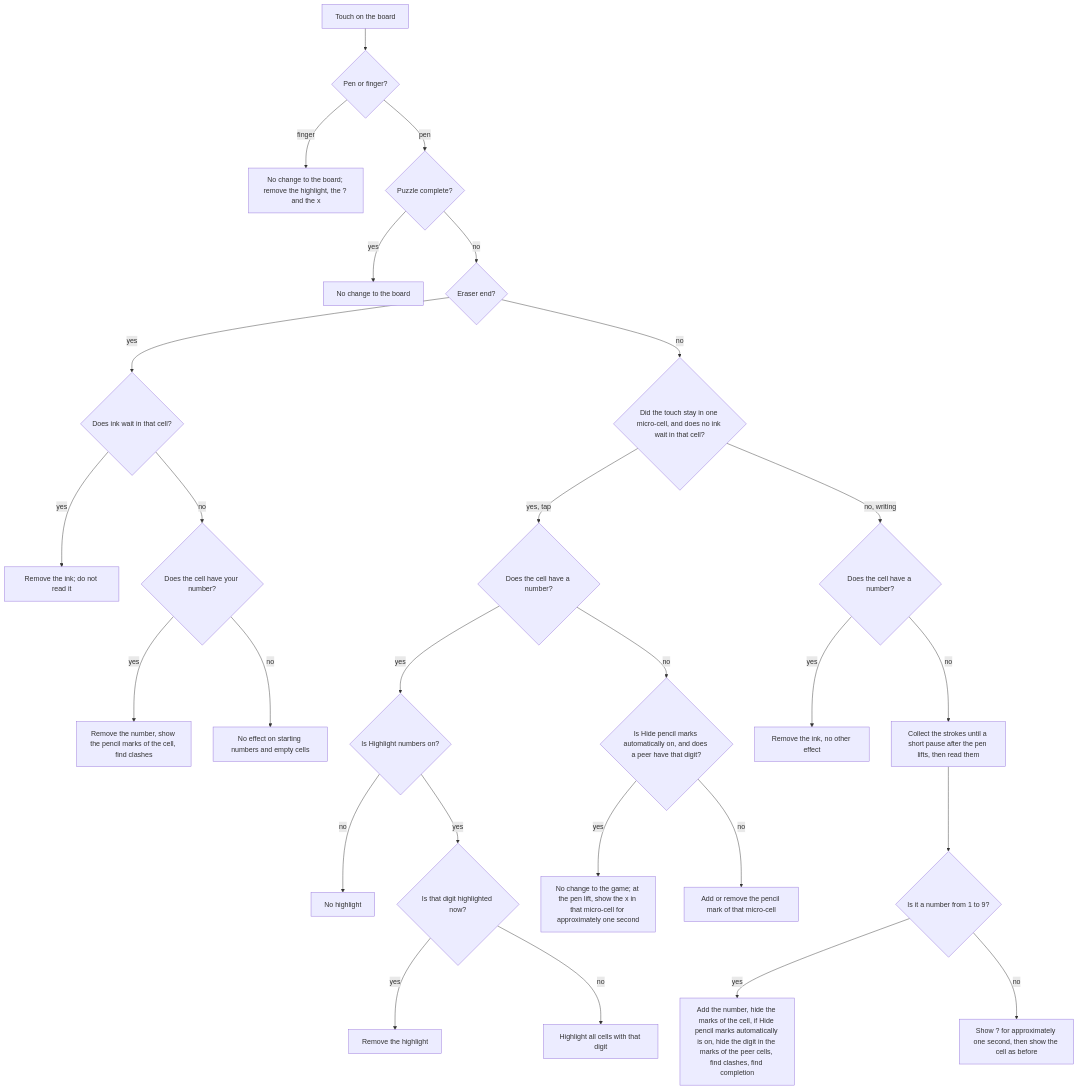
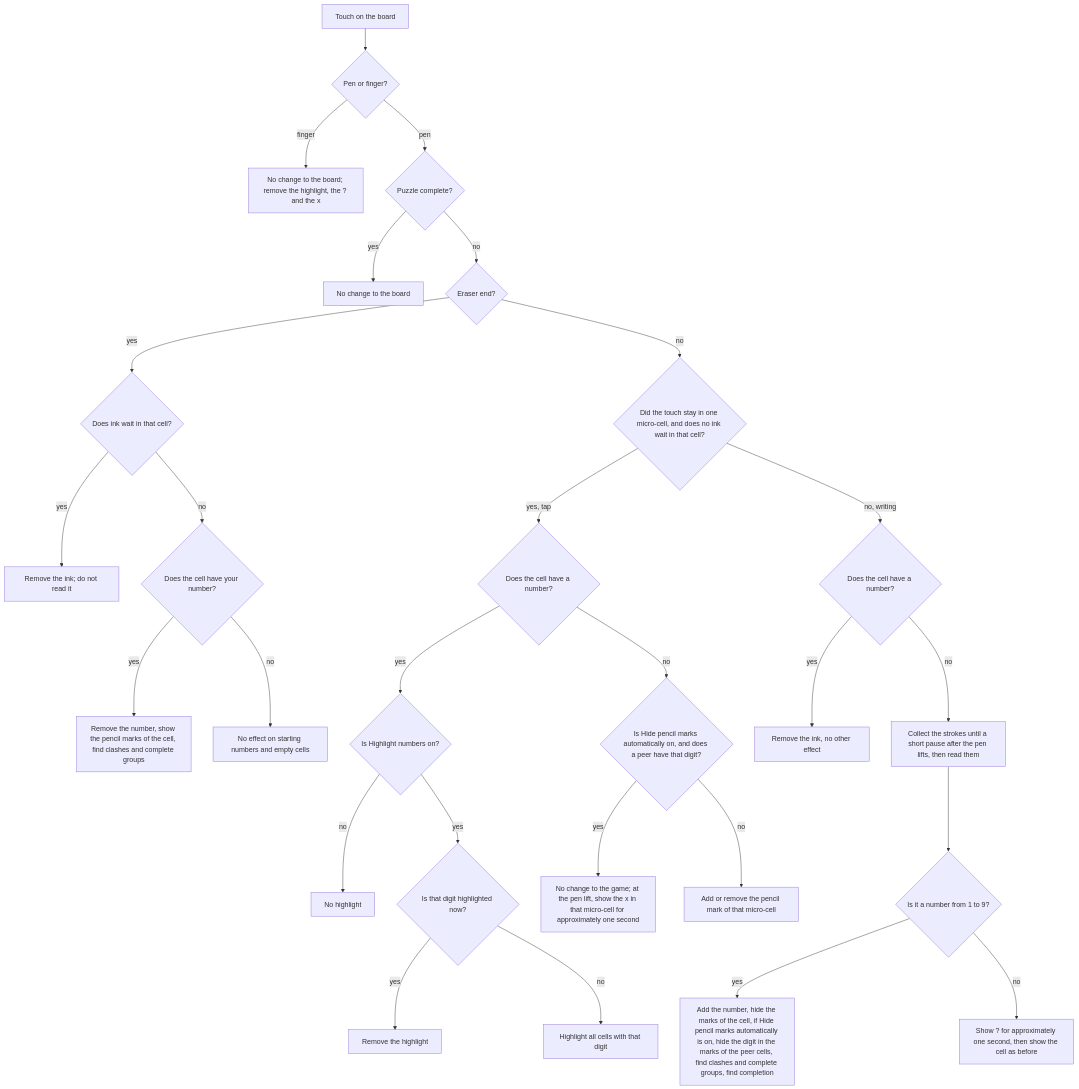
The fourth of 14 diagrams in REQUIREMENTS.md (garbles/sudoku), drawn with Mermaid before and after one commit. The commit also changed other lines of this file and 81 other files, not shown here.

First line of the commit message:
Show a color for completed groups and make the cell colors stronger

````diff
--- a/REQUIREMENTS.md
+++ b/REQUIREMENTS.md
@@ -326,29 +330,29 @@
 ```mermaid
 flowchart TD
     A[Touch on the board] --> B{Pen or finger?}
     B -- finger --> X[No change to the board; remove the highlight, the ? and the x]
     B -- pen --> C{Puzzle complete?}
     C -- yes --> X2[No change to the board]
     C -- no --> D{Eraser end?}
     D -- yes --> EW{Does ink wait in that cell?}
     EW -- yes --> EI[Remove the ink; do not read it]
     EW -- no --> E{Does the cell have your number?}
-    E -- yes --> E1[Remove the number, show the pencil marks of the cell, find clashes]
+    E -- yes --> E1[Remove the number, show the pencil marks of the cell, find clashes and complete groups]
     E -- no --> X3[No effect on starting numbers and empty cells]
     D -- no --> F{Did the touch stay in one micro-cell, and does no ink wait in that cell?}
     F -- yes, tap --> G{Does the cell have a number?}
     G -- yes --> GS{Is Highlight numbers on?}
     GS -- no --> X5[No highlight]
     GS -- yes --> G0{Is that digit highlighted now?}
     G0 -- yes --> G3[Remove the highlight]
     G0 -- no --> G1[Highlight all cells with that digit]
     G -- no --> GR{Is Hide pencil marks automatically on, and does a peer have that digit?}
     GR -- yes --> GX[No change to the game; at the pen lift, show the x in that micro-cell for approximately one second]
     GR -- no --> G2[Add or remove the pencil mark of that micro-cell]
     F -- no, writing --> H{Does the cell have a number?}
     H -- yes --> X4[Remove the ink, no other effect]
     H -- no --> I[Collect the strokes until a short pause after the pen lifts, then read them]
     I --> J{Is it a number from 1 to 9?}
-    J -- yes --> K[Add the number, hide the marks of the cell, if Hide pencil marks automatically is on, hide the digit in the marks of the peer cells, find clashes, find completion]
+    J -- yes --> K[Add the number, hide the marks of the cell, if Hide pencil marks automatically is on, hide the digit in the marks of the peer cells, find clashes and complete groups, find completion]
     J -- no --> L[Show ? for approximately one second, then show the cell as before]
 ```
````
